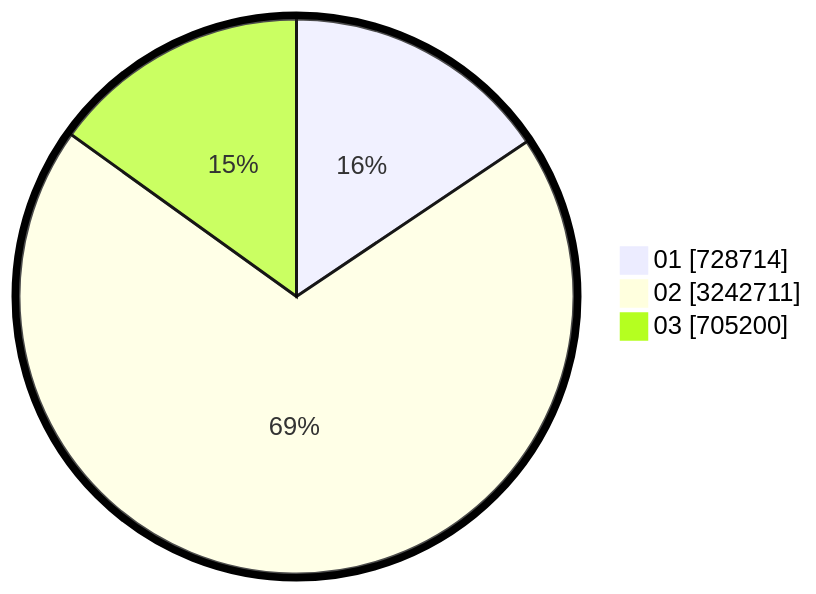
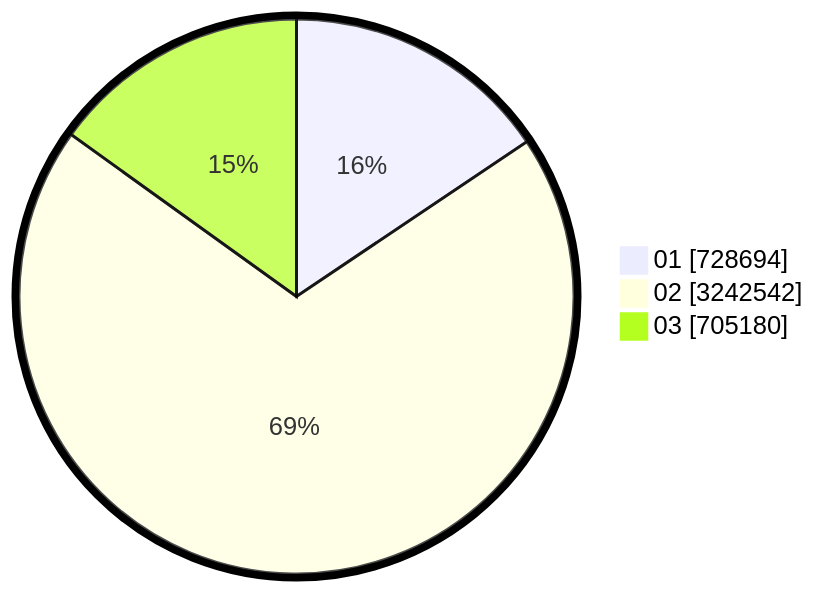
One commit to gigit-pemilu/pemilu-2024 changed the second of 2 diagrams in pilpres/hitung-suara/sub/table-wilayah-18.md. Above: the diagram before and after it, drawn with Mermaid. The commit also changed other lines of this file and 5 other files, not shown here.

````diff
--- a/pilpres/hitung-suara/sub/table-wilayah-18.md
+++ b/pilpres/hitung-suara/sub/table-wilayah-18.md
@@ -15,7 +15,7 @@
 ```mermaid
 %%{init: {"pie": {"textPosition": 0.5}, "themeVariables": {"pieOuterStrokeWidth": "5px"}} }%%
 pie showData
-    "01" : 728714
-    "02" : 3242711
-    "03" : 705200
+    "01" : 728694
+    "02" : 3242542
+    "03" : 705180
 ```
````
